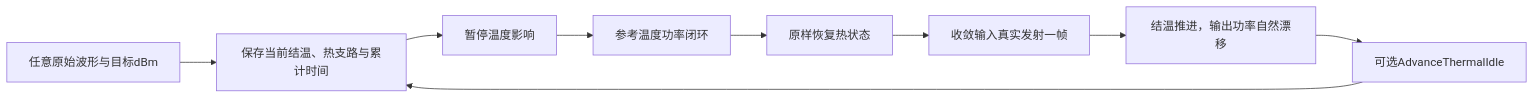
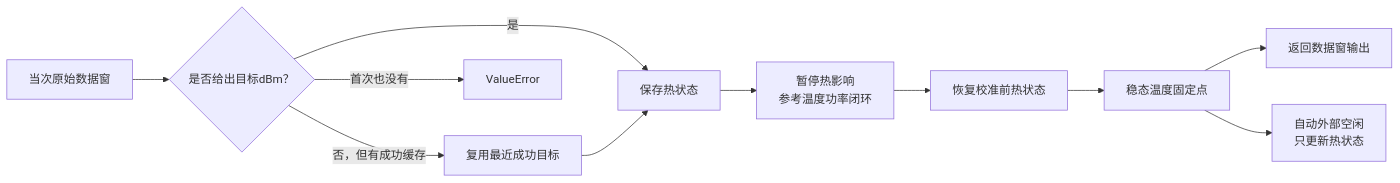
Before and after one commit to niyilu45/DPD_ILC: the ninth of 9 diagrams in doc/Channel.md, drawn with Mermaid. The commit also changed other lines of this file and 15 other files, not shown here.

````diff
--- a/doc/Channel.md
+++ b/doc/Channel.md
@@ -2283,11 +2676,13 @@
 ```mermaid
 flowchart LR
-    raw["任意原始波形与目标dBm"] --> snapshot["保存当前结温、热支路与累计时间"]
-    snapshot --> suspend["暂停温度影响"]
-    suspend --> calibrate["参考温度功率闭环"]
-    calibrate --> restore["原样恢复热状态"]
-    restore --> frame["收敛输入真实发射一帧"]
-    frame --> drift["结温推进，输出功率自然漂移"]
-    drift --> idle["可选AdvanceThermalIdle"]
-    idle --> snapshot
+    raw["当次原始数据窗"] --> target{"是否给出目标dBm？"}
+    target -->|"是"| snapshot["保存热状态"]
+    target -->|"否，但有成功缓存"| cached["复用最近成功目标"]
+    target -->|"首次也没有"| error["ValueError"]
+    cached --> snapshot
+    snapshot --> calibrate["暂停热影响<br/>参考温度功率闭环"]
+    calibrate --> restore["恢复校准前热状态"]
+    restore --> solve["稳态温度固定点"]
+    solve --> data["返回数据窗输出"]
+    solve --> idle["自动外部空闲<br/>只更新热状态"]
 ```
````
